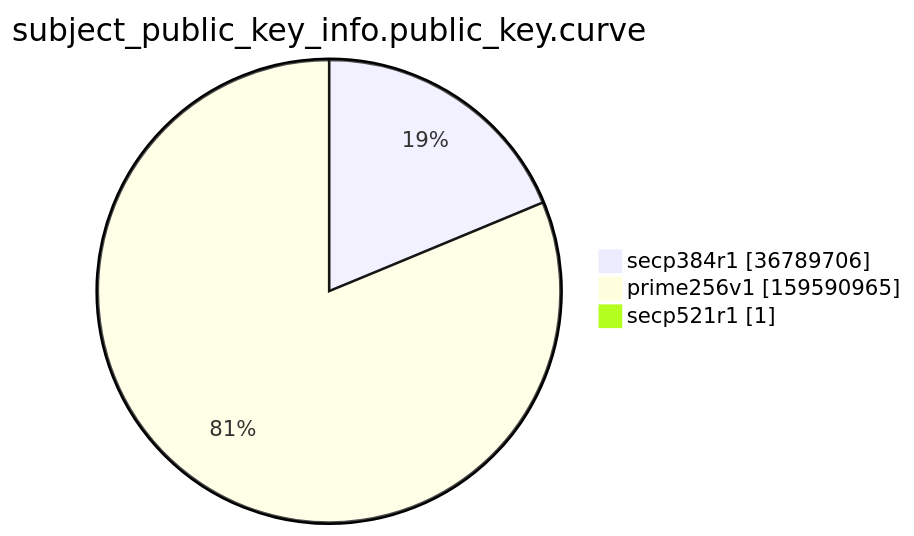
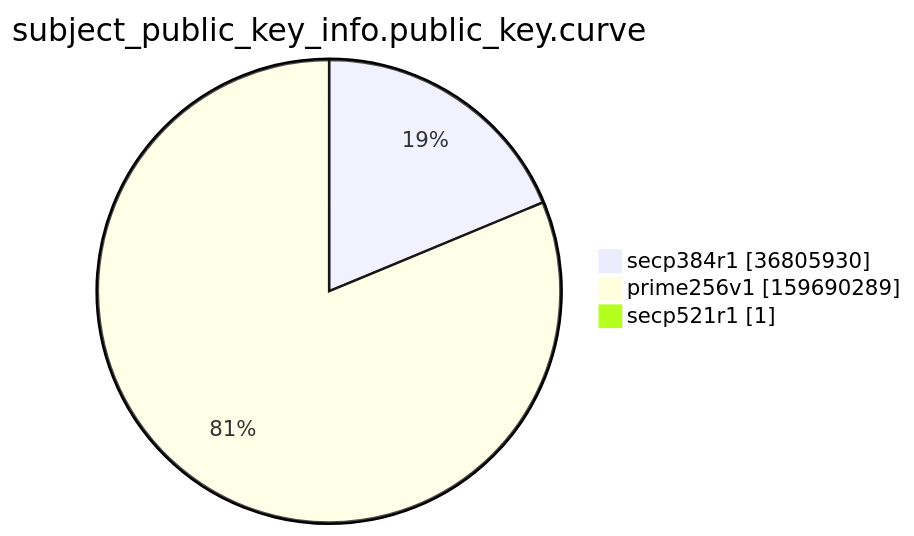
The ninth of 15 diagrams in argon2022/README.md (christiankrug/ctmonitor_visualization), drawn with Mermaid before and after one commit. The commit also changed other lines of this file, not shown here.

````diff
--- a/argon2022/README.md
+++ b/argon2022/README.md
@@ -2766,7 +2766,7 @@
 ```mermaid
 pie showData
 title subject_public_key_info.public_key.curve
-"secp384r1" :36789706
-"prime256v1" :159590965
+"secp384r1" :36805930
+"prime256v1" :159690289
 "secp521r1" :1
 ```
````
